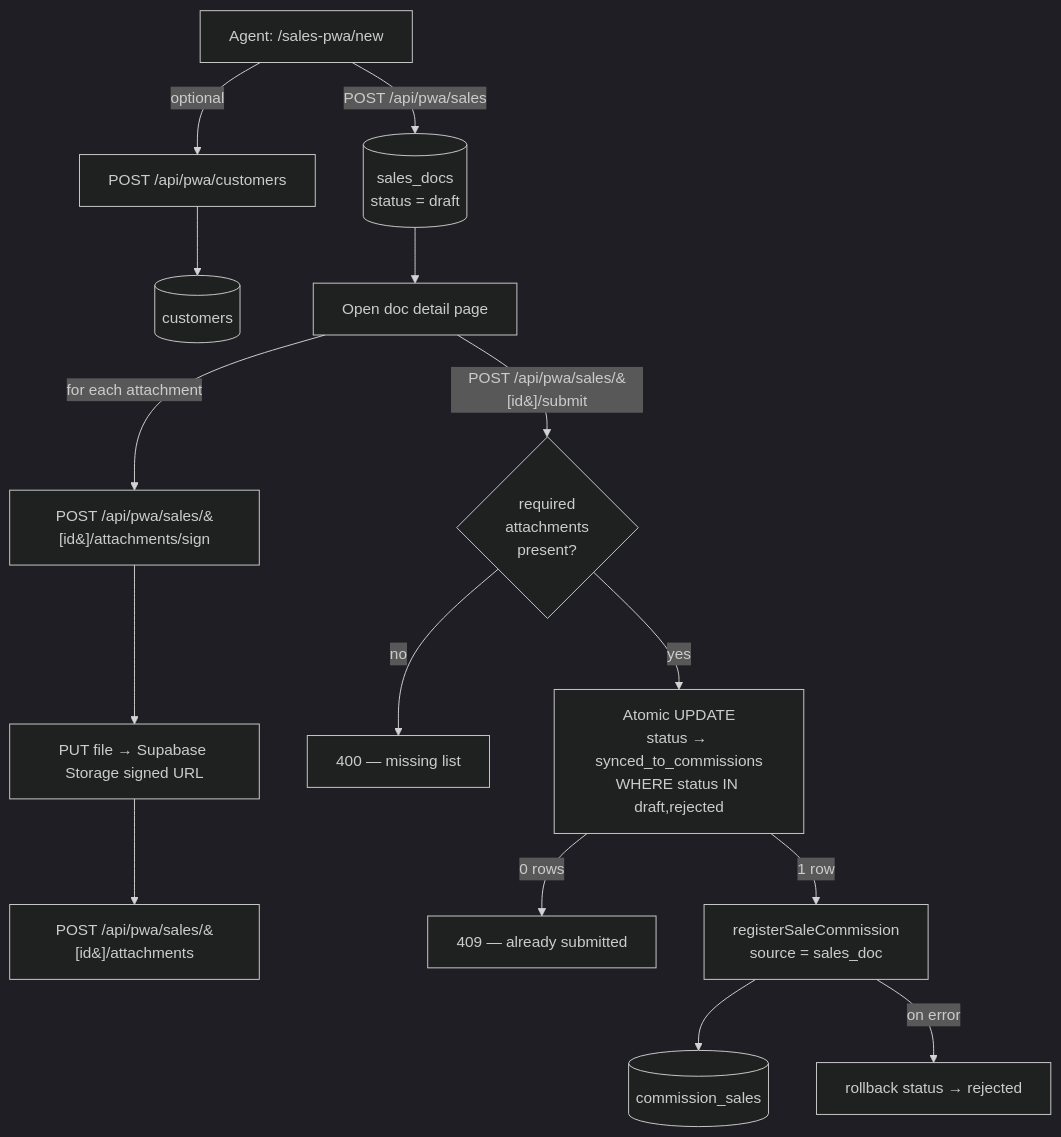
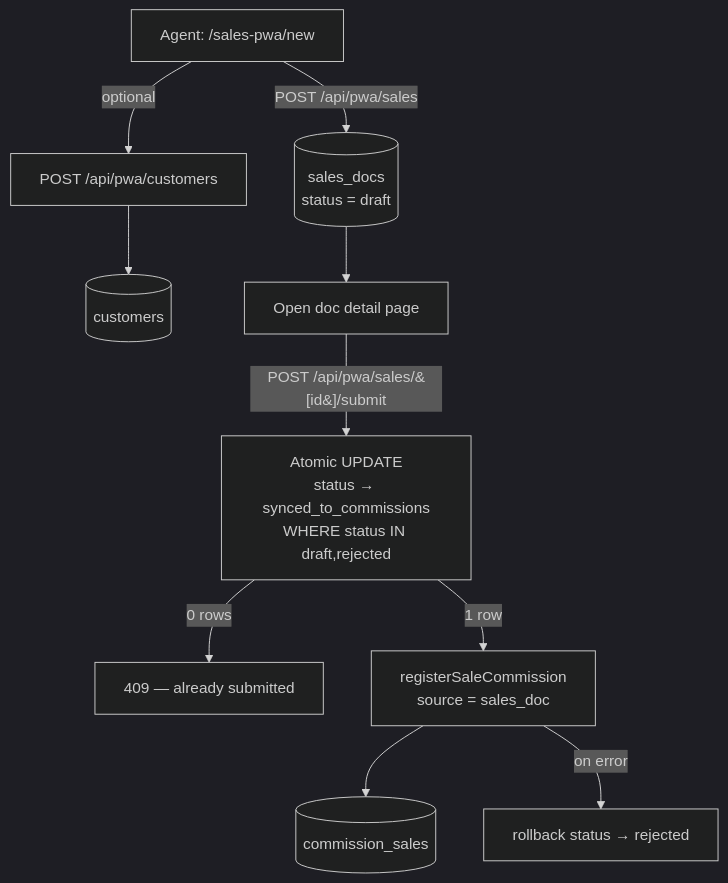
The diagram in docs/PWA.md (bawaya/ClalStore), drawn with Mermaid (dark theme) before and after one commit. The commit also changed other lines of this file and 23 other files, not shown here.

````diff
--- a/docs/PWA.md
+++ b/docs/PWA.md
@@ -150,19 +150,14 @@
 ```mermaid
 flowchart TD
     A[Agent: /sales-pwa/new] -->|POST /api/pwa/sales| B[(sales_docs<br/>status = draft)]
     A -->|optional| C[POST /api/pwa/customers]
     C --> CU[(customers)]
 
     B --> D[Open doc detail page]
-    D -->|for each attachment| E1[POST /api/pwa/sales/&#91;id&#93;/attachments/sign]
-    E1 --> E2[PUT file → Supabase Storage signed URL]
-    E2 --> E3[POST /api/pwa/sales/&#91;id&#93;/attachments]
 
-    D -->|POST /api/pwa/sales/&#91;id&#93;/submit| F{required<br/>attachments<br/>present?}
-    F -->|no| X[400 — missing list]
-    F -->|yes| S[Atomic UPDATE<br/>status → synced_to_commissions<br/>WHERE status IN draft,rejected]
+    D -->|POST /api/pwa/sales/&#91;id&#93;/submit| S[Atomic UPDATE<br/>status → synced_to_commissions<br/>WHERE status IN draft,rejected]
     S -->|0 rows| Y[409 — already submitted]
     S -->|1 row| R[registerSaleCommission<br/>source = sales_doc]
     R --> CS[(commission_sales)]
     R -->|on error| Z[rollback status → rejected]
 ```
````
